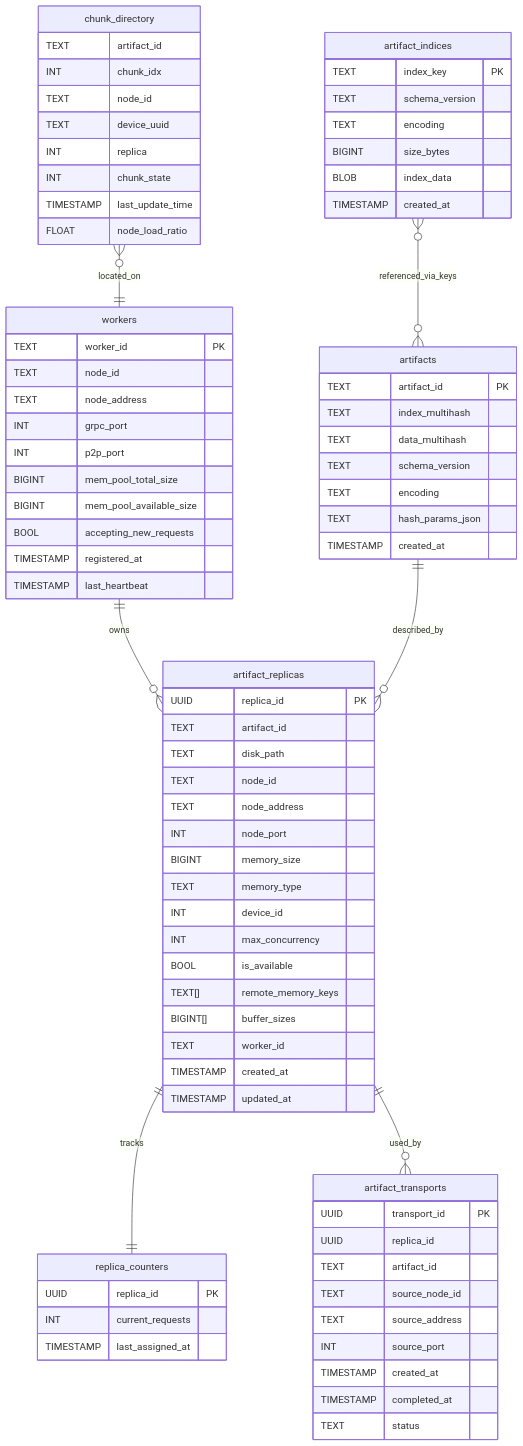
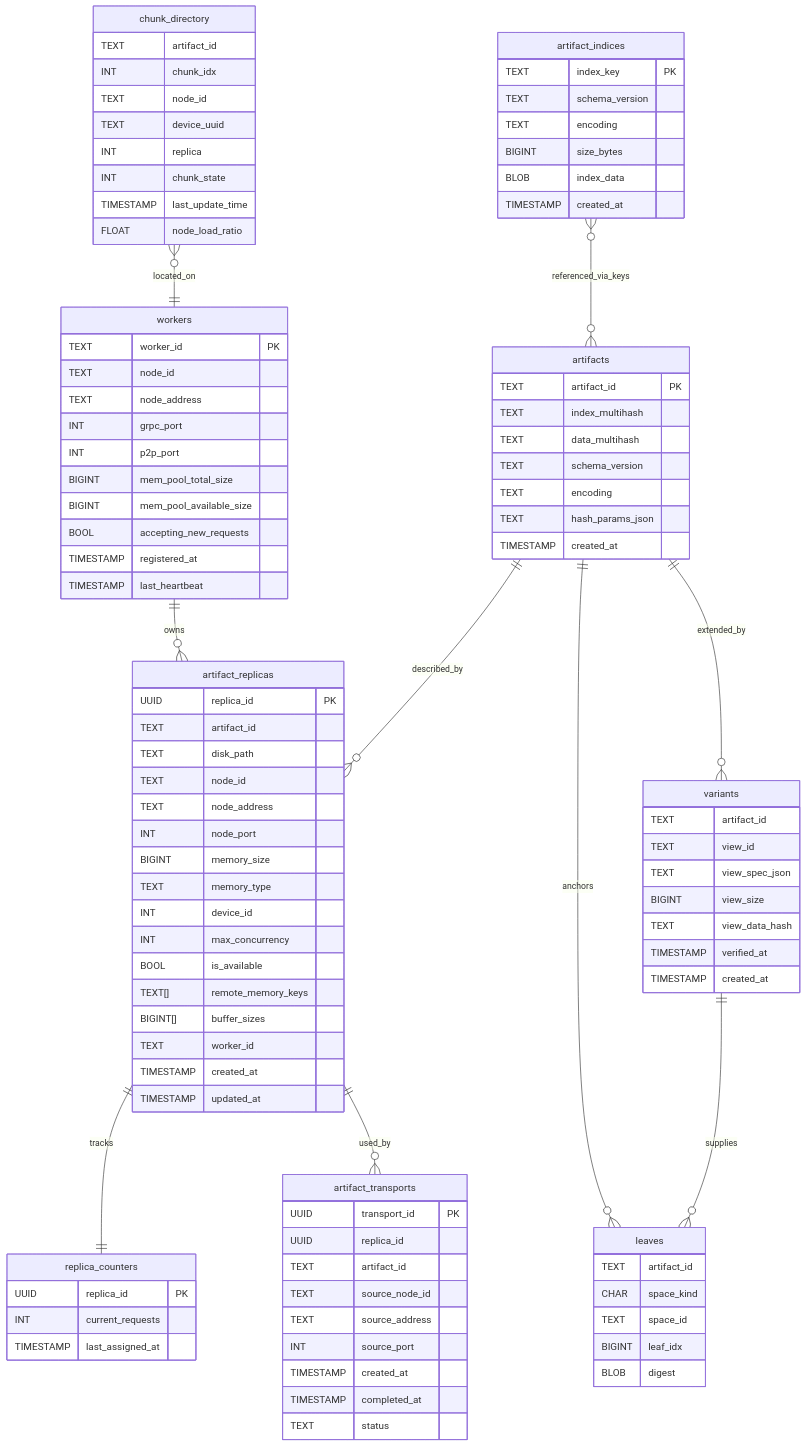
Before and after one commit to tensorcast-ai/tensorcast: the second of 5 diagrams in tensorcast/global_store/README.md, drawn with Mermaid. The commit also changed other lines of this file and 76 other files, not shown here.

```diff
--- a/tensorcast/global_store/README.md
+++ b/tensorcast/global_store/README.md
@@ -80,7 +83,10 @@
   artifact_replicas ||--o{ artifact_transports : used_by
   artifacts ||--o{ artifact_replicas : described_by
   artifact_indices }o--o{ artifacts : referenced_via_keys
+  artifacts ||--o{ variants : extended_by
+  artifacts ||--o{ leaves : anchors
   chunk_directory }o--|| workers : located_on
+  variants ||--o{ leaves : supplies
 
   workers {
     TEXT worker_id PK
@@ -151,6 +157,24 @@
     TIMESTAMP created_at
   }
 
+  variants {
+    TEXT artifact_id
+    TEXT view_id
+    TEXT view_spec_json
+    BIGINT view_size
+    TEXT view_data_hash
+    TIMESTAMP verified_at
+    TIMESTAMP created_at
+  }
+
+  leaves {
+    TEXT artifact_id
+    CHAR space_kind
+    TEXT space_id
+    BIGINT leaf_idx
+    BLOB digest
+  }
+
   chunk_directory {
     TEXT artifact_id
     INT chunk_idx
```
